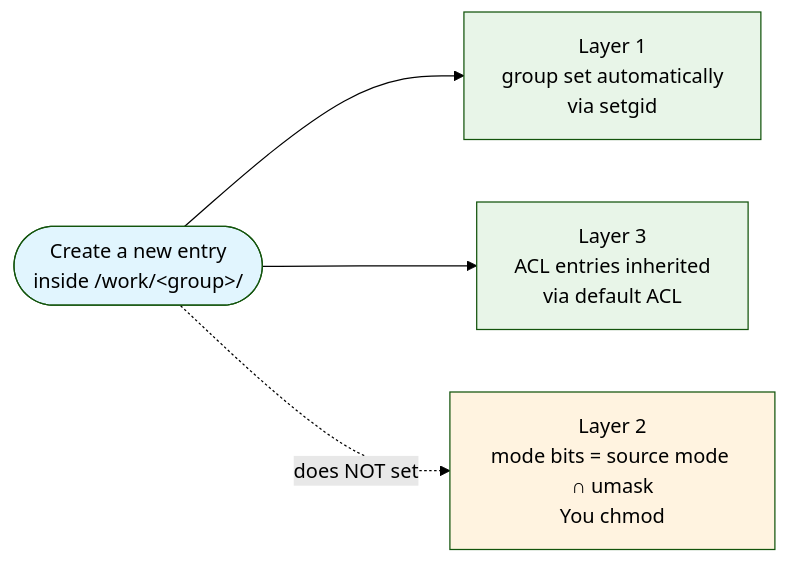
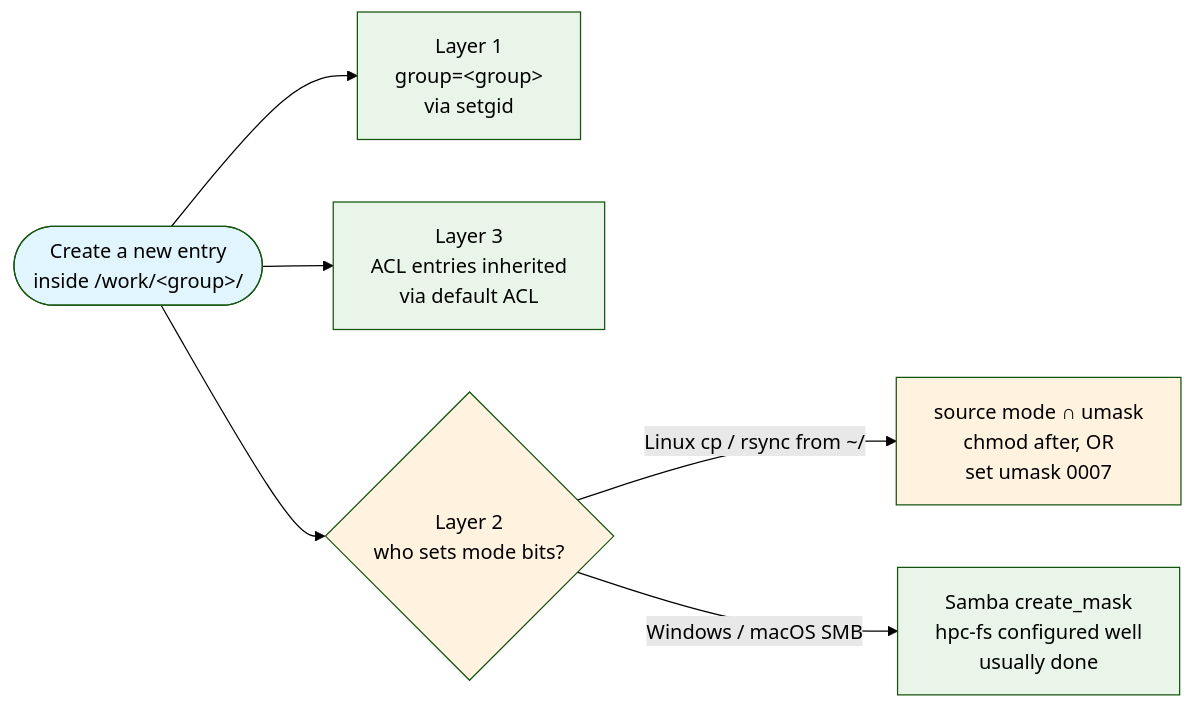
Before and after one commit to ZhipengHe/Walltime-Chronicles: the diagram in docs/remote-dev/Permissions-Dont-Move.md, drawn with Mermaid (forest theme). The commit also changed other lines of this file, not shown here.

First line of the commit message:
docs(remote-dev): add SMB + umask paths to /work permissions guide (#28)

````diff
--- a/docs/remote-dev/Permissions-Dont-Move.md
+++ b/docs/remote-dev/Permissions-Dont-Move.md
@@ -24,11 +26,15 @@
 ```mermaid
 flowchart LR
-    Create([Create a new entry<br/>inside /work/&lt;group&gt;/]) --> L1[Layer 1<br/>group set automatically<br/>via setgid]
+    Create([Create a new entry<br/>inside /work/&lt;group&gt;/]) --> L1[Layer 1<br/>group=&lt;group&gt;<br/>via setgid]
     Create --> L3[Layer 3<br/>ACL entries inherited<br/>via default ACL]
-    Create -.does NOT set.-> L2[Layer 2<br/>mode bits = source mode &cap; umask<br/>You chmod]
+    Create --> L2{Layer 2<br/>who sets mode bits?}
+    L2 -->|Linux cp / rsync from ~/| L2a[source mode &cap; umask<br/>chmod after, OR<br/>set umask 0007]
+    L2 -->|Windows / macOS SMB| L2b[Samba create_mask<br/>hpc-fs configured well<br/>usually done]
 
     style Create fill:#e1f5fe
     style L1 fill:#e8f5e8
     style L3 fill:#e8f5e8
     style L2 fill:#fff3e0
+    style L2a fill:#fff3e0
+    style L2b fill:#e8f5e8
 ```
````
